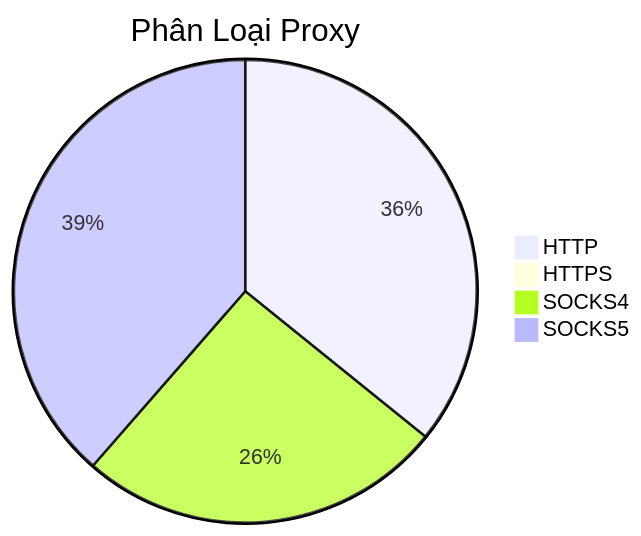
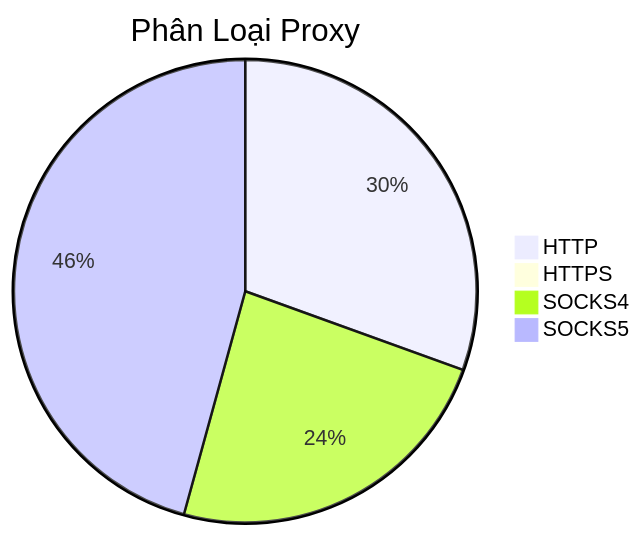
Before and after one commit to Ciara-12/PROXY-free: the diagram in README.md, drawn with Mermaid. The commit also changed other lines of this file and 4 other files, not shown here.

````diff
--- a/README.md
+++ b/README.md
@@ -26,7 +26,7 @@
 ```mermaid
 pie title Phân Loại Proxy
-    "HTTP" : 594
-    "HTTPS" : 2
-    "SOCKS4" : 425
-    "SOCKS5" : 640
+    "HTTP" : 618
+    "HTTPS" : 4
+    "SOCKS4" : 481
+    "SOCKS5" : 926
 ```
````
